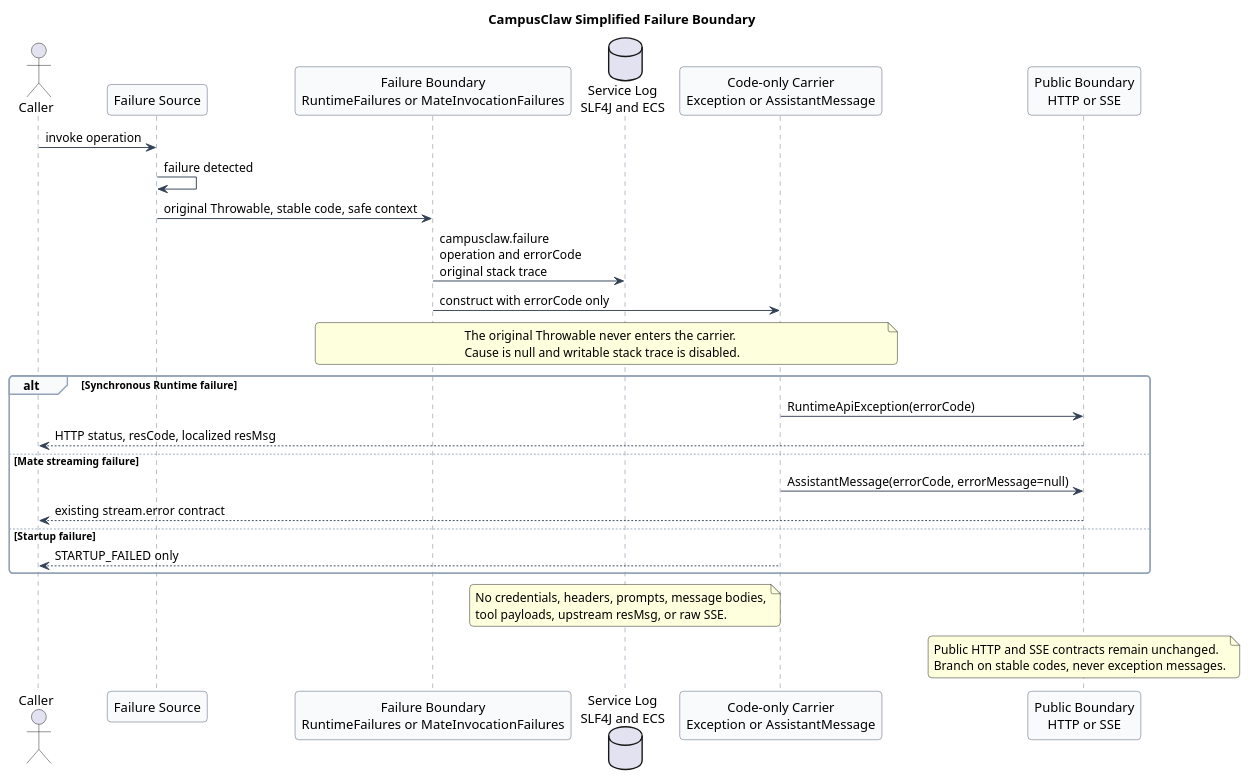
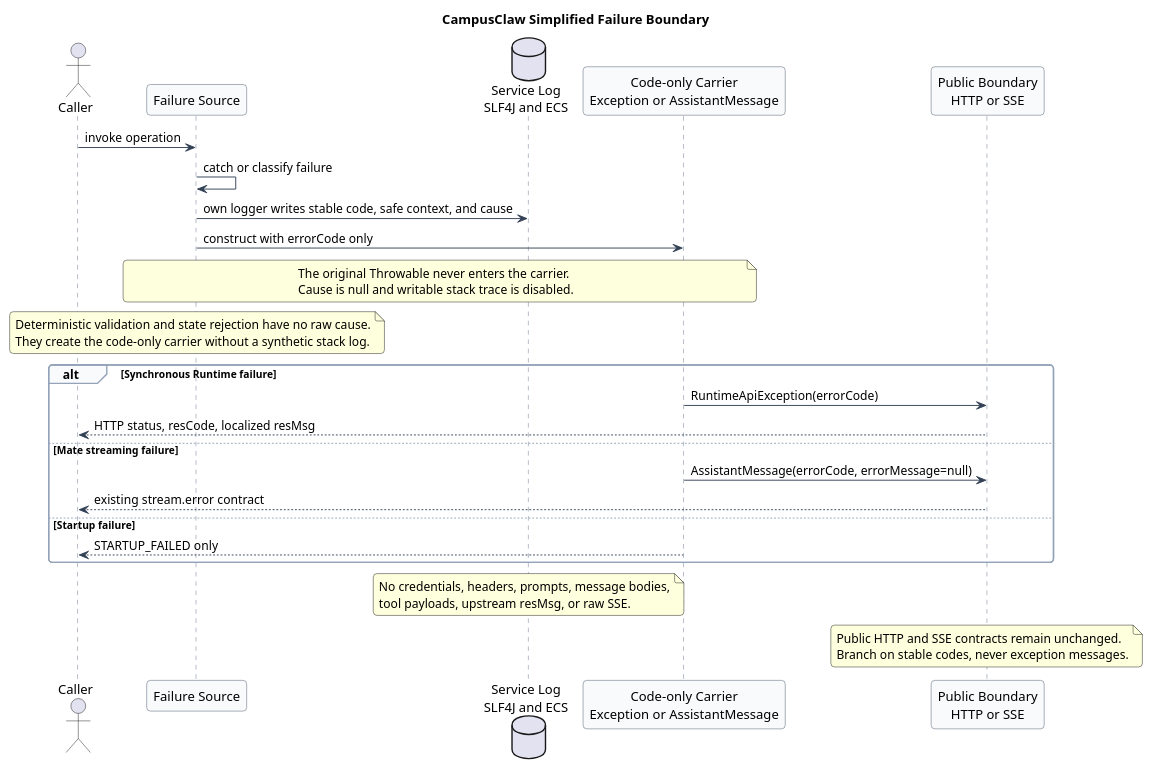
The diagram in campusclaw-invocation-logging/diagram.puml (ssm0808/pi-mono-java-design), drawn with PlantUML before and after one commit. The commit also changed other lines of this file and 2 other files, not shown here.

```diff
--- a/campusclaw-invocation-logging/diagram.puml
+++ b/campusclaw-invocation-logging/diagram.puml
@@ -17,54 +18,57 @@
 @startuml campusclaw_failure_boundary
 title CampusClaw Simplified Failure Boundary
 
 skinparam backgroundColor #FFFFFF
 skinparam shadowing false
 skinparam roundcorner 8
 skinparam sequence {
   ArrowColor #334155
   LifeLineBorderColor #64748B
   LifeLineBackgroundColor #F8FAFC
   ParticipantBorderColor #475569
   ParticipantBackgroundColor #F8FAFC
   GroupBorderColor #94A3B8
   GroupBackgroundColor #F8FAFC
 }
 
 actor Caller
 participant "Failure Source" as Source
-participant "Failure Boundary\nRuntimeFailures or MateInvocationFailures" as Boundary
 database "Service Log\nSLF4J and ECS" as Log
 participant "Code-only Carrier\nException or AssistantMessage" as Carrier
 participant "Public Boundary\nHTTP or SSE" as Public
 
 Caller -> Source : invoke operation
-Source -> Source : failure detected
-Source -> Boundary : original Throwable, stable code, safe context
-Boundary -> Log : campusclaw.failure\noperation and errorCode\noriginal stack trace
-Boundary -> Carrier : construct with errorCode only
+Source -> Source : catch or classify failure
+Source -> Log : own logger writes stable code, safe context, and cause
+Source -> Carrier : construct with errorCode only
 
-note over Boundary, Carrier
+note over Source, Carrier
 The original Throwable never enters the carrier.
 Cause is null and writable stack trace is disabled.
+end note
+
+note over Source
+Deterministic validation and state rejection have no raw cause.
+They create the code-only carrier without a synthetic stack log.
 end note
 
 alt Synchronous Runtime failure
   Carrier -> Public : RuntimeApiException(errorCode)
   Public --> Caller : HTTP status, resCode, localized resMsg
 else Mate streaming failure
   Carrier -> Public : AssistantMessage(errorCode, errorMessage=null)
   Public --> Caller : existing stream.error contract
 else Startup failure
   Carrier --> Caller : STARTUP_FAILED only
 end
 
 note over Log
 No credentials, headers, prompts, message bodies,
 tool payloads, upstream resMsg, or raw SSE.
 end note
 
 note over Public
 Public HTTP and SSE contracts remain unchanged.
 Branch on stable codes, never exception messages.
 end note
 @enduml
```
